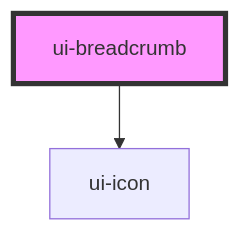
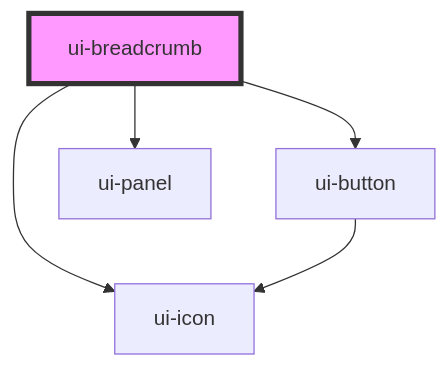
One commit to karan-technous/web-componenets-custome-lib changed the diagram in ui-platform/packages/web-components/src/components/ui-breadcrumb/readme.md. Above: the diagram before and after it, drawn with Mermaid. The commit also changed other lines of this file and 38 other files, not shown here.

Commit message:
changes in ui panel , ui datepicker , ui dropdown , ui breadcrumb for bug fixing

````diff
--- a/ui-platform/packages/web-components/src/components/ui-breadcrumb/readme.md
+++ b/ui-platform/packages/web-components/src/components/ui-breadcrumb/readme.md
@@ -34,5 +36,8 @@
 ```mermaid
 graph TD;
+  ui-breadcrumb --> ui-button
+  ui-breadcrumb --> ui-panel
   ui-breadcrumb --> ui-icon
+  ui-button --> ui-icon
   style ui-breadcrumb fill:#f9f,stroke:#333,stroke-width:4px
 ```
````
